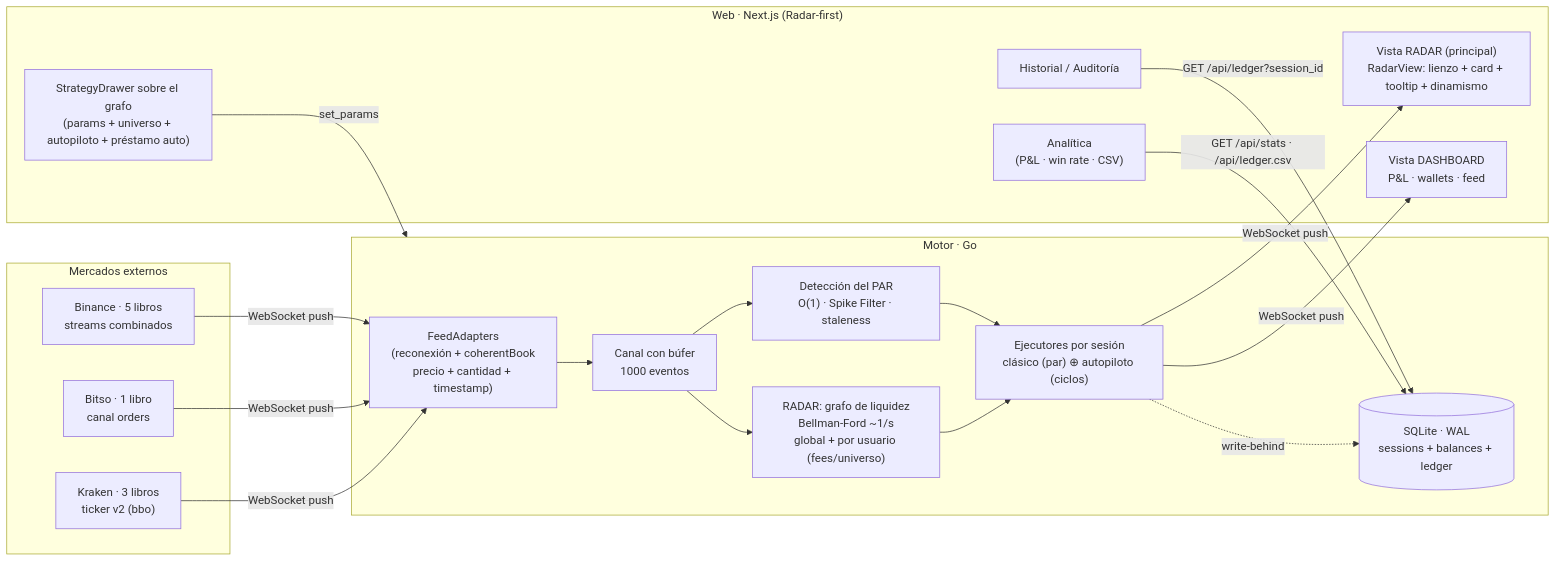
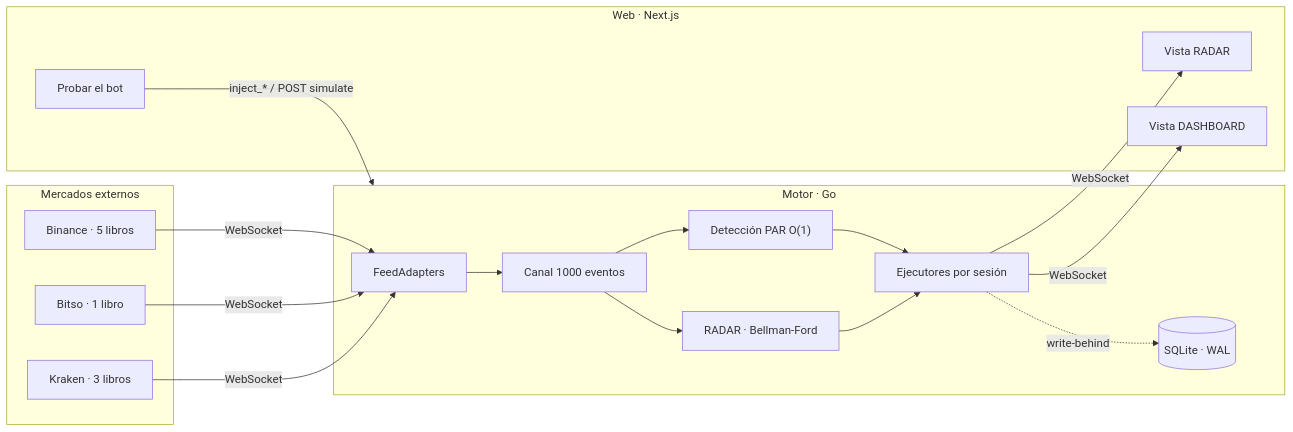
The diagram in README.md (d1512pb/Arus), drawn with Mermaid before and after one commit. The commit also changed other lines of this file and 67 other files, not shown here.

````diff
--- a/README.md
+++ b/README.md
@@ -357,33 +249,29 @@
 ```mermaid
 flowchart LR
     subgraph EXT["Mercados externos"]
-        BIN["Binance · 5 libros<br/>streams combinados"]
-        BIT["Bitso · 1 libro<br/>canal orders"]
-        KRK["Kraken · 3 libros<br/>ticker v2 (bbo)"]
+        BIN["Binance · 5 libros"]
+        BIT["Bitso · 1 libro"]
+        KRK["Kraken · 3 libros"]
     end
 
     subgraph ENGINE["Motor · Go"]
-        WS["FeedAdapters<br/>(reconexión + coherentBook<br/>precio + cantidad + timestamp)"]
-        CH["Canal con búfer<br/>1000 eventos"]
-        EVAL["Detección del PAR<br/>O(1) · Spike Filter · staleness"]
-        GRAPH["RADAR: grafo de liquidez<br/>Bellman-Ford ~1/s<br/>global + por usuario (fees/universo)"]
-        EXEC["Ejecutores por sesión<br/>clásico (par) ⊕ autopiloto (ciclos)"]
-        DB[("SQLite · WAL<br/>sessions + balances + ledger")]
+        WS["FeedAdapters"]
+        CH["Canal 1000 eventos"]
+        EVAL["Detección PAR O(1)"]
+        GRAPH["RADAR · Bellman-Ford"]
+        EXEC["Ejecutores por sesión"]
+        DB[("SQLite · WAL")]
     end
 
-    subgraph WEB["Web · Next.js (Radar-first)"]
-        RADAR["Vista RADAR (principal)<br/>RadarView: lienzo + card + tooltip + dinamismo"]
-        UI["Vista DASHBOARD<br/>P&L · wallets · feed"]
-        STRAT["StrategyDrawer sobre el grafo<br/>(params + universo + autopiloto + préstamo auto)"]
-        AUDIT["Historial / Auditoría"]
-        ANLT["Analítica<br/>(P&L · win rate · CSV)"]
+    subgraph WEB["Web · Next.js"]
+        RADAR["Vista RADAR"]
+        UI["Vista DASHBOARD"]
+        SIM["Probar el bot"]
     end
 
-    BIN & BIT & KRK -->|WebSocket push| WS --> CH --> EVAL --> EXEC
+    BIN & BIT & KRK -->|WebSocket| WS --> CH --> EVAL --> EXEC
     CH --> GRAPH --> EXEC
-    EXEC -->|WebSocket push| UI & RADAR
-    STRAT -->|set_params| ENGINE
+    EXEC -->|WebSocket| UI & RADAR
+    SIM -->|inject_* / POST simulate| ENGINE
     EXEC -.->|write-behind| DB
-    AUDIT -->|GET /api/ledger?session_id| DB
-    ANLT -->|GET /api/stats · /api/ledger.csv| DB
 ```
````
